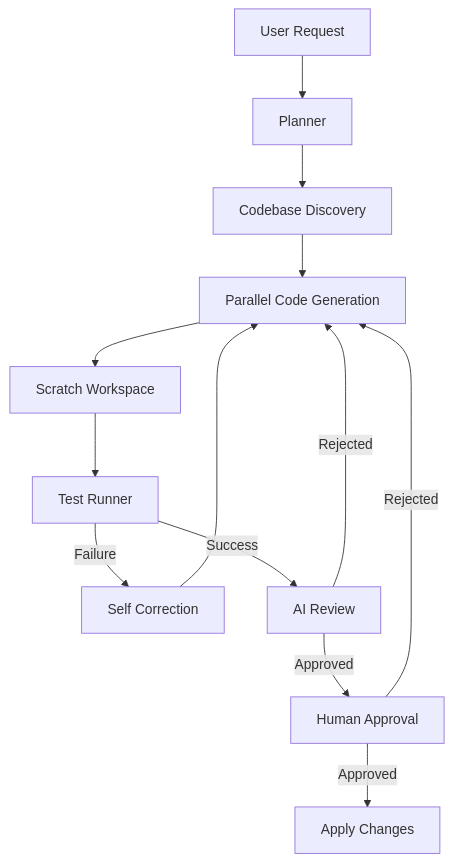
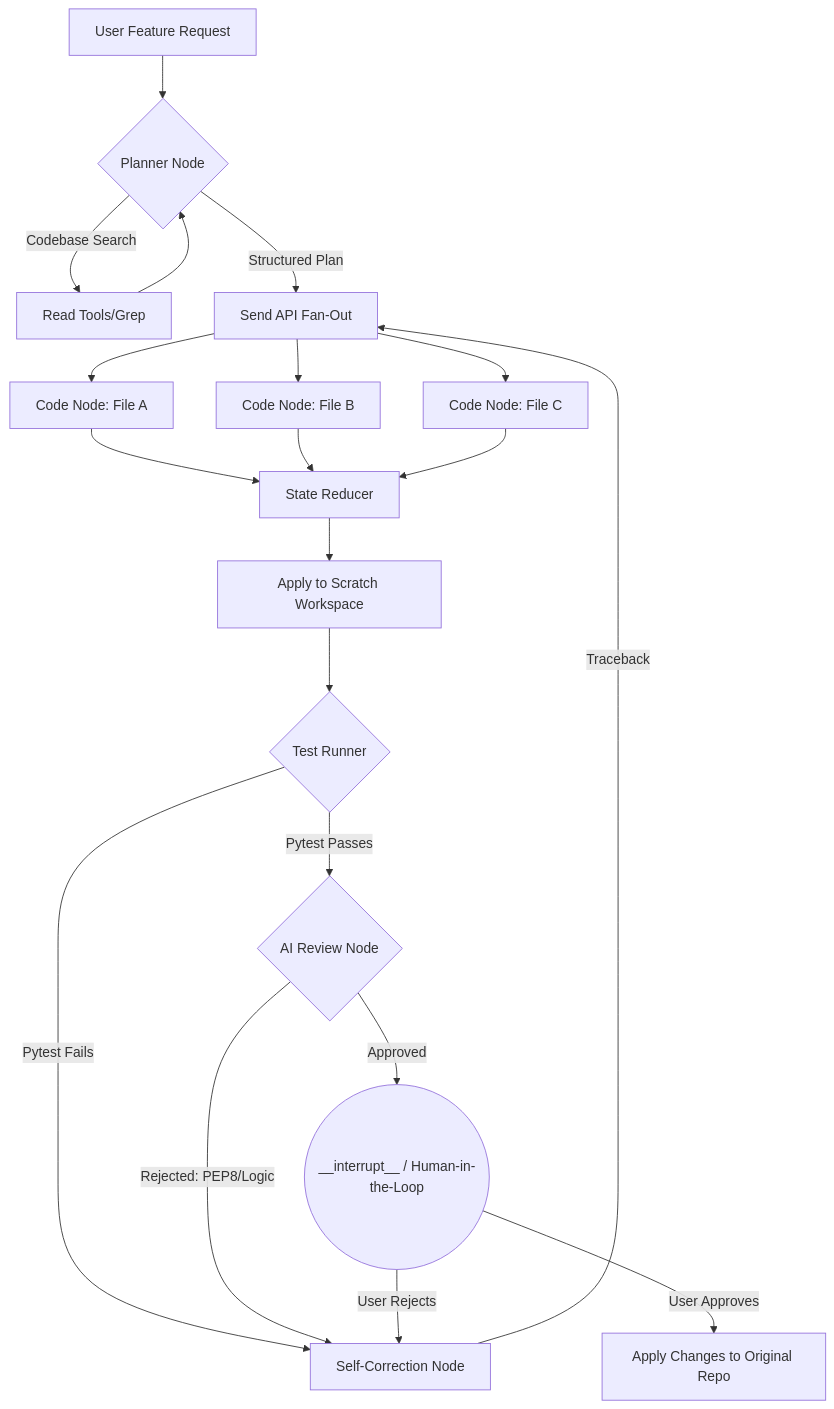
One commit to DevamKumar/VeydrakCLI changed the diagram in README.md. Above: the diagram before and after it, drawn with Mermaid. The commit also changed other lines of this file and 5 other files, not shown here.

````diff
--- a/README.md
+++ b/README.md
@@ -21,15 +58,30 @@
 ```mermaid
 flowchart TD
-    U[User Request] --> P[Planner]
-    P --> D[Codebase Discovery]
-    D --> C[Parallel Code Generation]
-    C --> S[Scratch Workspace]
-    S --> T[Test Runner]
-    T -->|Failure| SC[Self Correction]
-    SC --> C
-    T -->|Success| R[AI Review]
-    R -->|Rejected| C
-    R -->|Approved| H[Human Approval]
-    H -->|Rejected| C
-    H -->|Approved| A[Apply Changes]
+    U[User Feature Request] --> P{Planner Node}
+    P -->|Codebase Search| RAG[Read Tools/Grep]
+    RAG --> P
+    
+    P -->|Structured Plan| S[Send API Fan-Out]
+    
+    S --> C1[Code Node: File A]
+    S --> C2[Code Node: File B]
+    S --> C3[Code Node: File C]
+    
+    C1 --> M[State Reducer]
+    C2 --> M
+    C3 --> M
+    
+    M --> W[Apply to Scratch Workspace]
+    W --> T{Test Runner}
+    
+    T -->|Pytest Fails| SC[Self-Correction Node]
+    SC -->|Traceback| S
+    
+    T -->|Pytest Passes| AR{AI Review Node}
+    AR -->|Rejected: PEP8/Logic| SC
+    
+    AR -->|Approved| H((__interrupt__ / Human-in-the-Loop))
+    
+    H -->|User Rejects| SC
+    H -->|User Approves| F[Apply Changes to Original Repo]
 ```
````
